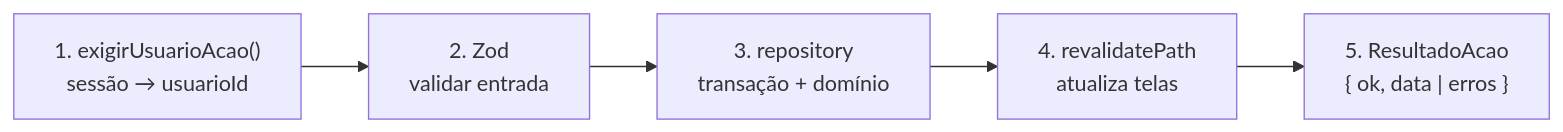
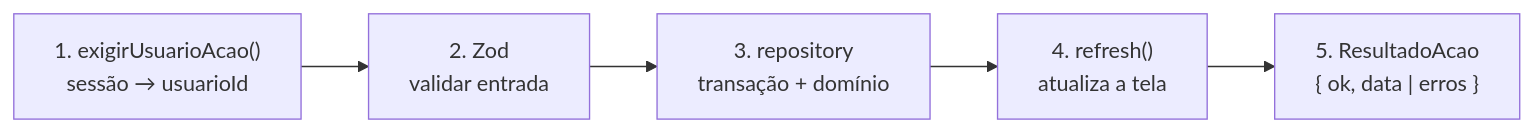
One commit to rkenjiak/concurso changed the sixth of 24 diagrams in docs/GUIA-ARQUITETURA.md. Above: the diagram before and after it, drawn with Mermaid. The commit also changed other lines of this file and 2 other files, not shown here.

Commit message:
docs: refresh() nas actions, prefetch sob demanda e abrir notificação (#124)

````diff
--- a/docs/GUIA-ARQUITETURA.md
+++ b/docs/GUIA-ARQUITETURA.md
@@ -271,4 +271,4 @@
 ```mermaid
 flowchart LR
-  S1["1. exigirUsuarioAcao()<br/>sessão → usuarioId"] --> S2["2. Zod<br/>validar entrada"] --> S3["3. repository<br/>transação + domínio"] --> S4["4. revalidatePath<br/>atualiza telas"] --> S5["5. ResultadoAcao<br/>{ ok, data | erros }"]
+  S1["1. exigirUsuarioAcao()<br/>sessão → usuarioId"] --> S2["2. Zod<br/>validar entrada"] --> S3["3. repository<br/>transação + domínio"] --> S4["4. refresh()<br/>atualiza a tela"] --> S5["5. ResultadoAcao<br/>{ ok, data | erros }"]
 ```
````
